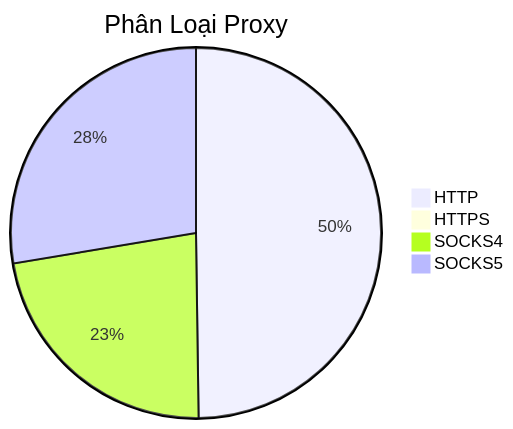
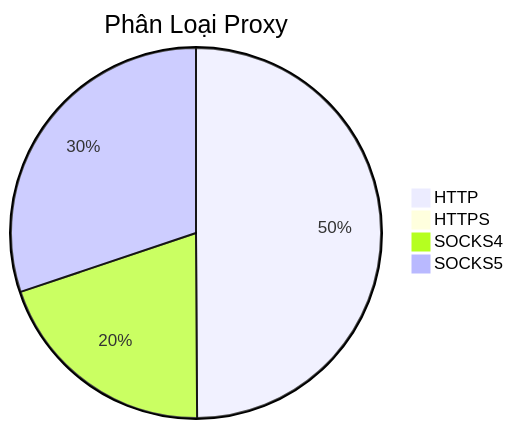
The diagram in README.md (Ciara-12/PROXY-free), drawn with Mermaid before and after one commit. The commit also changed other lines of this file and 3 other files, not shown here.

````diff
--- a/README.md
+++ b/README.md
@@ -26,7 +26,7 @@
 ```mermaid
 pie title Phân Loại Proxy
-    "HTTP" : 553
+    "HTTP" : 528
     "HTTPS" : 0
-    "SOCKS4" : 251
-    "SOCKS5" : 307
+    "SOCKS4" : 211
+    "SOCKS5" : 319
 ```
````
